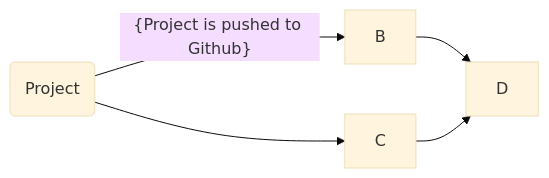
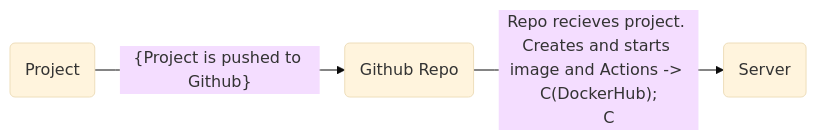
One commit to WSU-kduncan/cicd-3120-davidkajuna7 changed the diagram in README.md. Above: the diagram before and after it, drawn with Mermaid (base theme).

````diff
--- a/README.md
+++ b/README.md
@@ -52,7 +52,6 @@
 ```mermaid
   flowchart LR;
-      A(Project)-- {Project is pushed to Github} -->B;
-      A-->C;
-      B-->D;
-      C-->D;
+      A(Project) -- {Project is pushed to Github} --> B(Github Repo);
+      B -- Repo recieves project. Creates and starts image and Actions -> C(DockerHub);
+      C --> D(Server);
 ```
````
